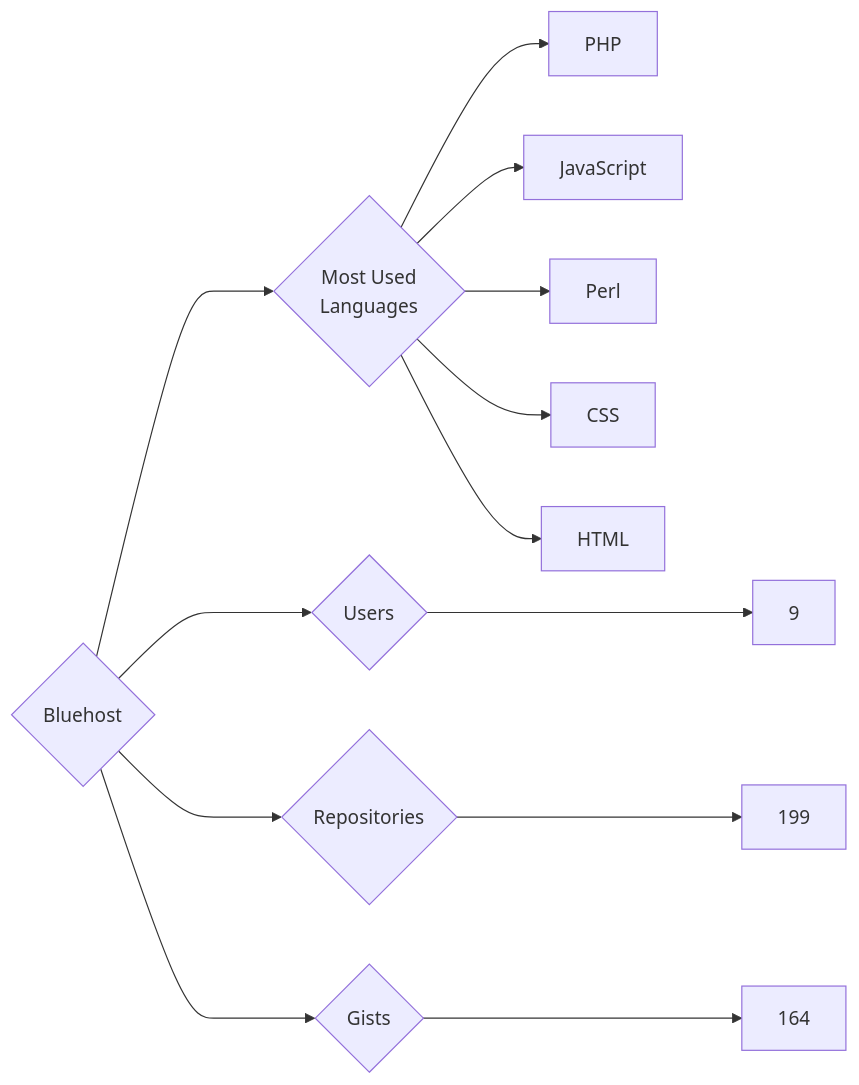
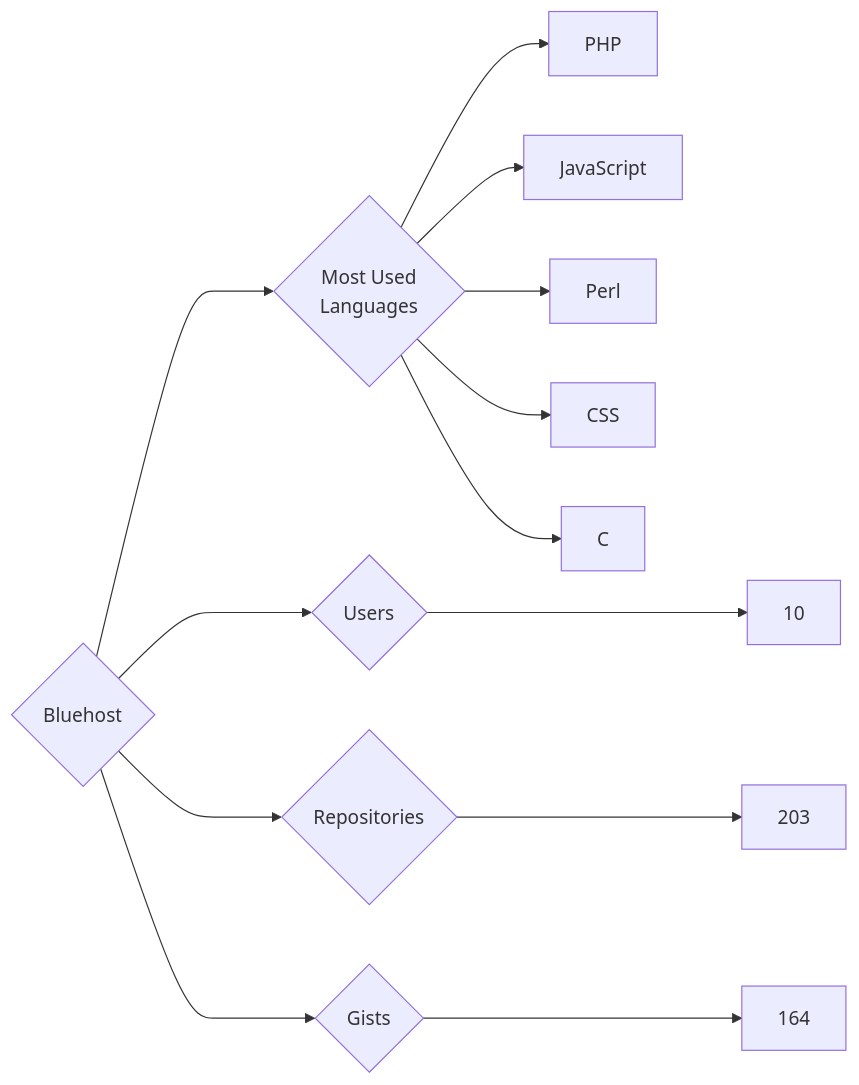
One commit to trickest/insiders changed the diagram in targets/Bluehost/README.md. Above: the diagram before and after it, drawn with Mermaid. The commit also changed 1314 other files, not shown here.

````diff
--- a/targets/Bluehost/README.md
+++ b/targets/Bluehost/README.md
@@ -3,13 +3,13 @@
 ```mermaid
 graph LR
 COMPANY_NAME{Bluehost}
-COMPANY_NAME ---> U{Users} ---> UN[9]
-COMPANY_NAME ---> R{Repositories} ---> RN[199]
+COMPANY_NAME ---> U{Users} ---> UN[10]
+COMPANY_NAME ---> R{Repositories} ---> RN[203]
 COMPANY_NAME ---> G{Gists} ---> GN[164]
 COMPANY_NAME ---> ML{Most Used<br>Languages}
 ML --> PHP[PHP]
 ML --> JavaScript[JavaScript]
 ML --> Perl[Perl]
 ML --> CSS[CSS]
-ML --> HTML[HTML]
+ML --> C[C]
 ```
````
